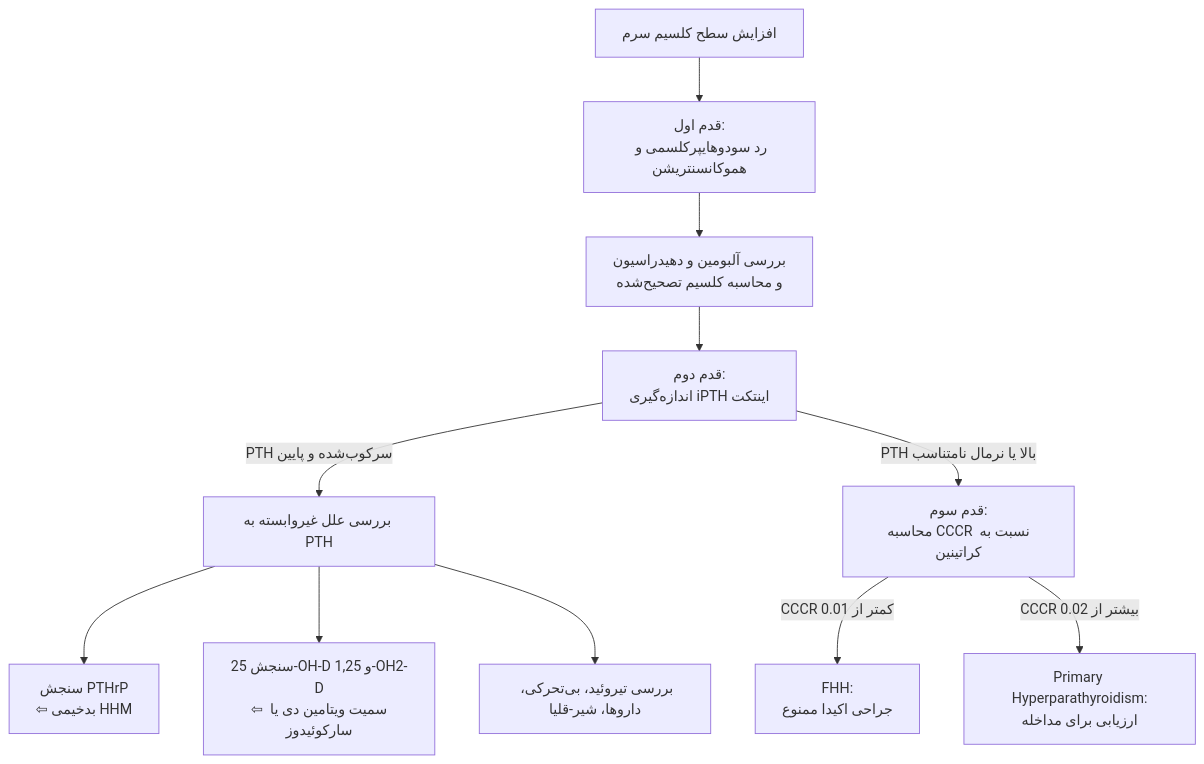
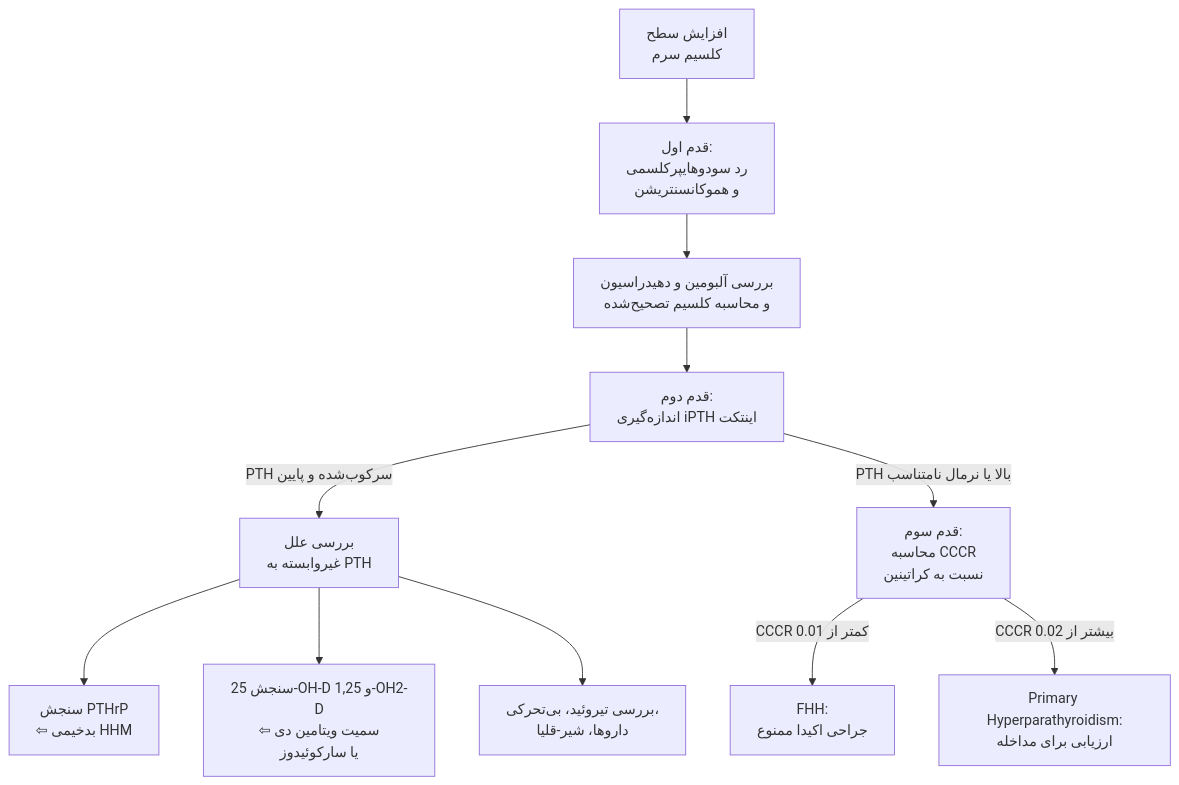
The fifth of 5 diagrams in 07/مبانی غدد/اختلالات کلسیم.md (neopulse-hub/TUMS-1402-1-neo), drawn with Mermaid before and after one commit. The commit also changed other lines of this file, not shown here.

Commit message:
Update اختلالات کلسیم.md

````diff
--- a/07/مبانی غدد/اختلالات کلسیم.md
+++ b/07/مبانی غدد/اختلالات کلسیم.md
@@ -209,15 +209,17 @@
 ```mermaid
 flowchart TD
-    CaHigh[افزایش سطح کلسیم سرم] --> Step1[قدم اول:<br>رد سودوهایپرکلسمی و هموکانسنتریشن]
-    Step1 --> CheckAlb[بررسی آلبومین و دهیدراسیون<br>و محاسبه کلسیم تصحیح‌شده]
-    CheckAlb --> TestPTH[قدم دوم:<br>اندازه‌گیری iPTH اینتکت]
-    
-    TestPTH -->|PTH سرکوب‌شده و پایین| MalignancyWorkup[بررسی علل غیروابسته به PTH]
-    MalignancyWorkup --> PTHrP[سنجش PTHrP<br>⇦ بدخیمی HHM]
-    MalignancyWorkup --> VitD[سنجش 25-OH-D و 1,25-OH2-D<br>⇦ سمیت ویتامین دی یا سارکوئیدوز]
-    MalignancyWorkup --> OtherCauses[بررسی تیروئید، بی‌تحرکی، داروها، شیر-قلیا]
 
-    TestPTH -->|PTH بالا یا نرمال نامتناسب| CalcRatio[قدم سوم:<br>محاسبه CCCR نسبت به کراتینین]
-    CalcRatio -->|CCCR کمتر از 0.01| FHHDiagnosis[FHH:<br>جراحی اکیدا ممنوع]
-    CalcRatio -->|CCCR بیشتر از 0.02| PHPTDiagnosis[Primary Hyperparathyroidism:<br>ارزیابی برای مداخله]
+CaHigh[افزایش سطح<br>کلسیم سرم] --> Step1[قدم اول:<br>رد سودوهایپرکلسمی<br>و هموکانسنتریشن]
+
+Step1 --> CheckAlb[بررسی آلبومین و دهیدراسیون<br>و محاسبه کلسیم تصحیح‌شده]
+
+CheckAlb --> TestPTH[قدم دوم:<br>اندازه‌گیری iPTH اینتکت]
+TestPTH -->|PTH سرکوب‌شده و پایین| MalignancyWorkup[بررسی علل<br>غیروابسته به PTH]
+MalignancyWorkup --> PTHrP[سنجش PTHrP<br>⇦ بدخیمی HHM]
+MalignancyWorkup --> VitD[سنجش 25-OH-D و 1,25-OH2-D<br>⇦ سمیت ویتامین دی<br>یا سارکوئیدوز]
+MalignancyWorkup --> OtherCauses[بررسی تیروئید، بی‌تحرکی،<br>داروها، شیر-قلیا]
+
+TestPTH -->|PTH بالا یا نرمال نامتناسب| CalcRatio[قدم سوم:<br>محاسبه CCCR<br>نسبت به کراتینین]
+CalcRatio -->|CCCR کمتر از 0.01| FHHDiagnosis[FHH:<br>جراحی اکیدا ممنوع]
+CalcRatio -->|CCCR بیشتر از 0.02| PHPTDiagnosis[Primary Hyperparathyroidism:<br>ارزیابی برای مداخله]
 ```
````
